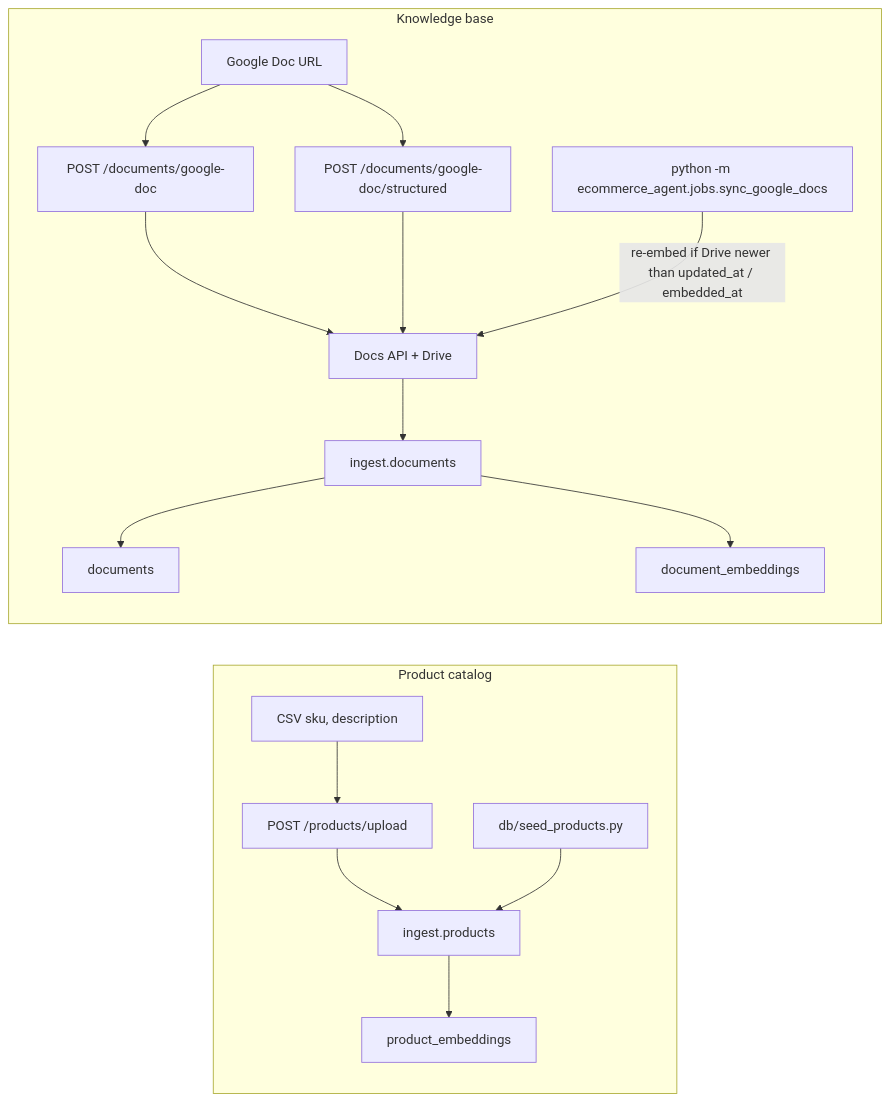
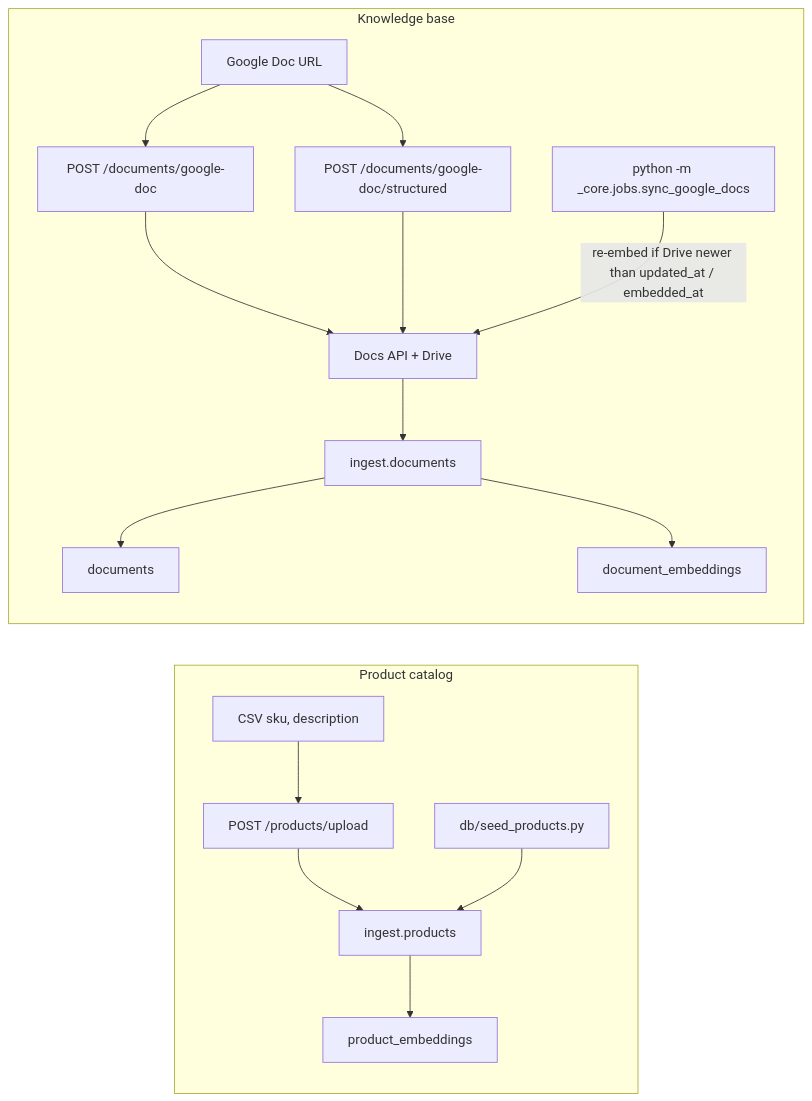
One commit to JJTorresDS/knowledge-agent changed the fourth of 5 diagrams in architecture.md. Above: the diagram before and after it, drawn with Mermaid. The commit also changed other lines of this file and 118 other files, not shown here.

````diff
--- a/architecture.md
+++ b/architecture.md
@@ -198,31 +209,31 @@
 ```mermaid
 flowchart LR
     subgraph Catalog["Product catalog"]
         CSV["CSV sku, description"]
         Seed["db/seed_products.py"]
         UP["POST /products/upload"]
         Batch["ingest.products"]
         PE["product_embeddings"]
     end
 
     subgraph KB["Knowledge base"]
         URL["Google Doc URL"]
         GD["POST /documents/google-doc"]
         GDS["POST /documents/google-doc/structured"]
         GDocs["Docs API + Drive"]
         UD["ingest.documents"]
         DT["documents"]
         DE["document_embeddings"]
-        Cron["python -m ecommerce_agent.jobs.sync_google_docs"]
+        Cron["python -m _core.jobs.sync_google_docs"]
     end
 
     CSV --> UP --> Batch
     Seed --> Batch
     Batch --> PE
 
     URL --> GD --> GDocs --> UD
     URL --> GDS --> GDocs
     Cron -->|"re-embed if Drive newer than updated_at / embedded_at"| GDocs
     UD --> DT
     UD --> DE
 ```
````
